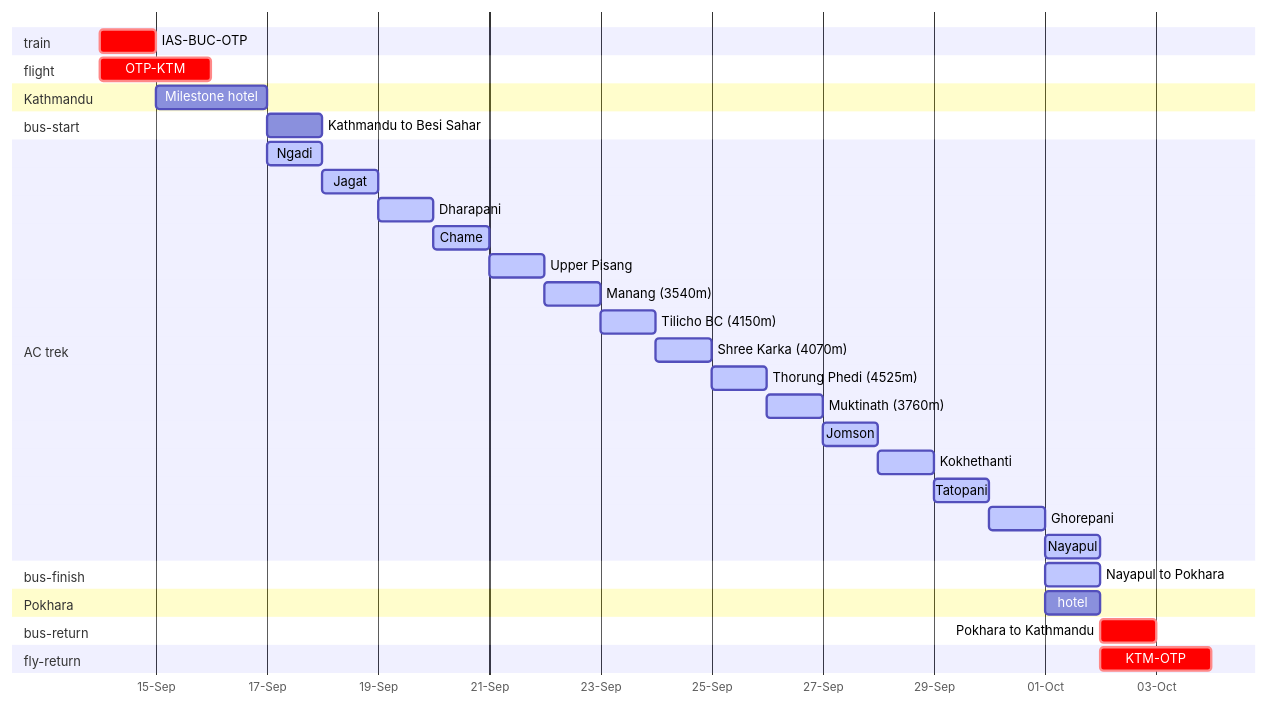
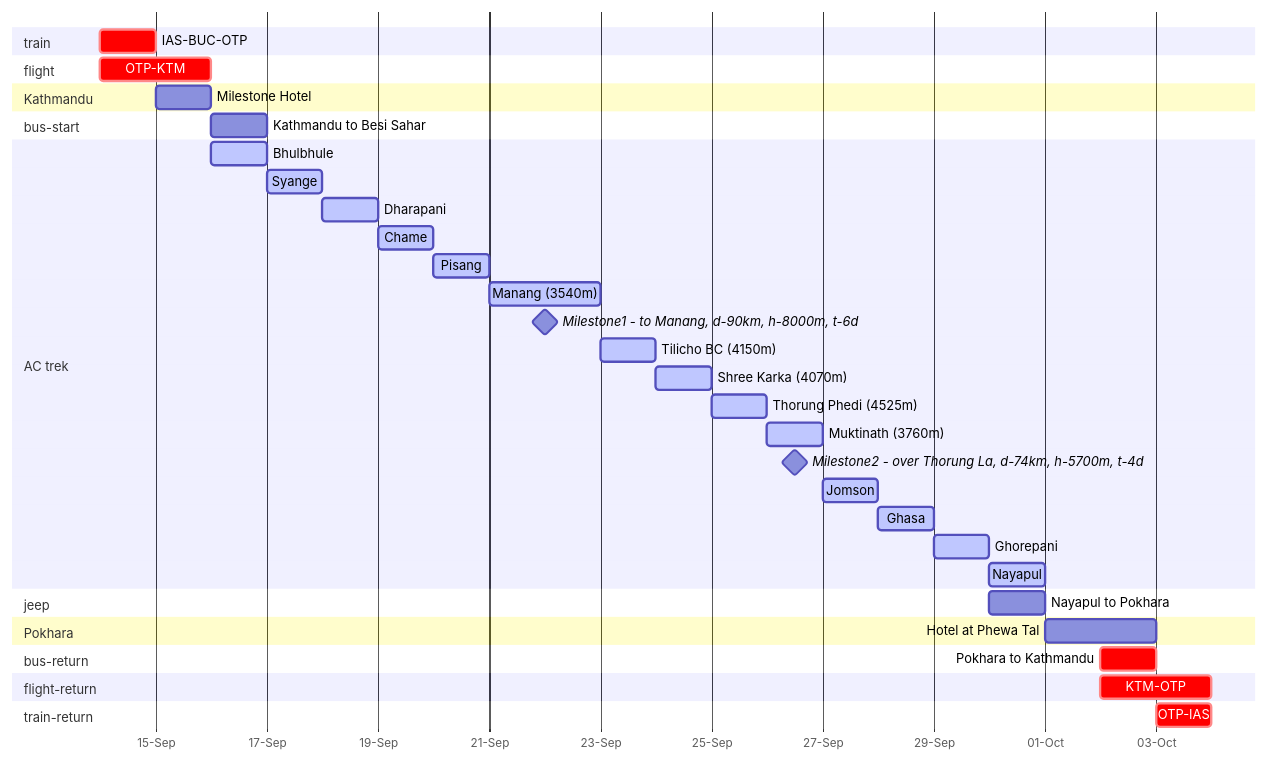
The diagram in content/post/2022-07-28-annapurna-circuit-plan.org (icostan/blog.costan.ro), drawn with Mermaid before and after one commit. The commit also changed other lines of this file and 4 other files, not shown here.

```diff
--- a/content/post/2022-07-28-annapurna-circuit-plan.org
+++ b/content/post/2022-07-28-annapurna-circuit-plan.org
@@ -9,46 +9,50 @@
 #+begin_src mermaid :exports none :file annapurna.png
   gantt
      dateFormat YYY-MM-DD
      axisFormat %d-%b
 
      section train
      IAS-BUC-OTP :crit, 2022-09-14, 1d
 
      section flight
      OTP-KTM :crit, 2022-09-14, 2d
 
      section Kathmandu
-     Milestone hotel :hotel, 2022-09-15, 2d
+     Milestone Hotel :hotel, 2022-09-15, 1d
 
      section bus-start
-     Kathmandu to Besi Sahar :bus, 2022-09-17, 1d
+     Kathmandu to Besi Sahar :bus, 2022-09-16, 1d
 
      section AC trek
-     Ngadi :active, day1, 2022-09-17, 1d
-     Jagat :active, day2, after day1, 1d
+     Bhulbhule :active, day1, 2022-09-16, 1d
+     Syange :active, day2, after day1, 1d
      Dharapani :active, day3, after day2, 1d
      Chame :active, day4, after day3, 1d
-     Upper Pisang :active, day5, after day4, 1d
-     Manang (3540m) :active, day6, after day5, 1d
-     Tilicho BC (4150m) :active, day7, after day6, 1d
-     Shree Karka (4070m) :active, day8, after day7, 1d
-     Thorung Phedi (4525m) :active, day9, after day8, 1d
-     Muktinath (3760m) :active, day10, after day9, 1d
-     Jomson :active, day11, after day10, 1d
-     Kokhethanti :active, day12, after day11, 1d
-     Tatopani :active, day13, after day12, 1d
+     Pisang :active, day5, after day4, 1d
+     Manang (3540m) :active, day6, after day5, 2d
+     Milestone1 - to Manang, d-90km, h-8000m, t-6d :milestone, m1, 2022-09-21, 2d
+     Tilicho BC (4150m) :active, day8, after m1, 1d
+     Shree Karka (4070m) :active, day9, after day8, 1d
+     Thorung Phedi (4525m) :active, day10, after day9, 1d
+     Muktinath (3760m) :active, day11, after day10, 1d
+     Milestone2 - over Thorung La, d-74km, h-5700m, t-4d :milestone, m2, 2022-09-26, 1d
+     Jomson :active, day12, after day11, 1d
+     Ghasa :active, day13, after day12, 1d
      Ghorepani :active, day14, after day13, 1d
      Nayapul :active, day15, after day14, 1d
 
-     section bus-finish
-     Nayapul to Pokhara :active, bus, after day14, 1d
+     section jeep
+     Nayapul to Pokhara :bus, after day14, 1d
 
      section Pokhara
-     hotel :hotel, 2022-10-01, 1d
+     Hotel at Phewa Tal :hotel, 2022-10-01, 2d
 
      section bus-return
      Pokhara to Kathmandu :crit, 2022-10-02, 1d
 
-     section fly-return
+     section flight-return
      KTM-OTP :crit, 2022-10-02, 2d
+
+     section train-return
+     OTP-IAS :crit, 2022-10-03, 1d
 #+end_src
```
